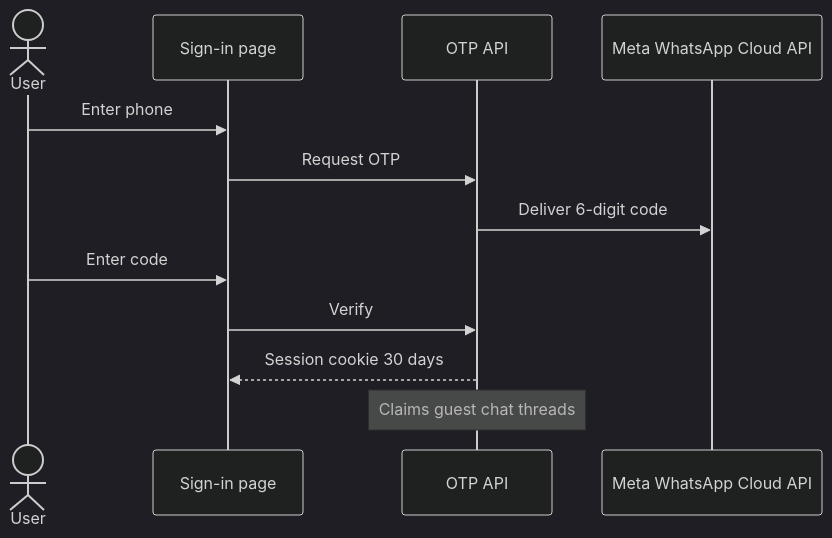
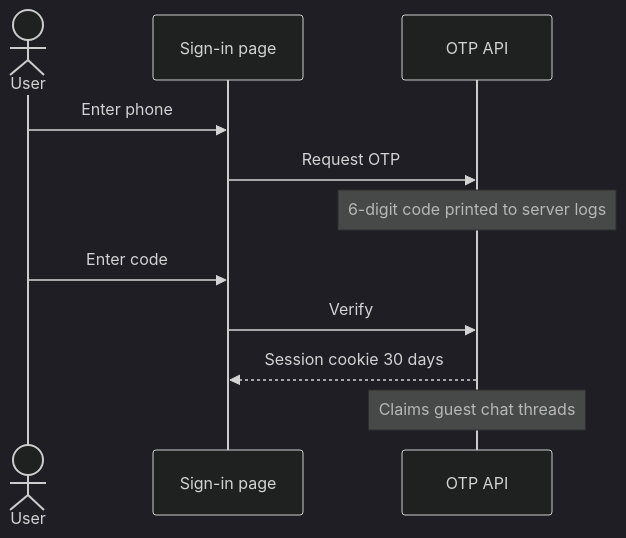
One commit to single-solution/ibrahimMobiles changed the tenth of 15 diagrams in README.md. Above: the diagram before and after it, drawn with Mermaid (dark theme). The commit also changed other lines of this file and 14 other files, not shown here.

First line of the commit message:
fix: lock off Meta WhatsApp Cloud and online card gateways

````diff
--- a/README.md
+++ b/README.md
@@ -299,15 +300,14 @@
 ```mermaid
 sequenceDiagram
   actor User
   participant UI as Sign-in page
   participant API as OTP API
-  participant WA as Meta WhatsApp Cloud API
 
   User->>UI: Enter phone
   UI->>API: Request OTP
-  API->>WA: Deliver 6-digit code
+  Note over API: 6-digit code printed to server logs
   User->>UI: Enter code
   UI->>API: Verify
   API-->>UI: Session cookie 30 days
   Note over API: Claims guest chat threads
 ```
````
